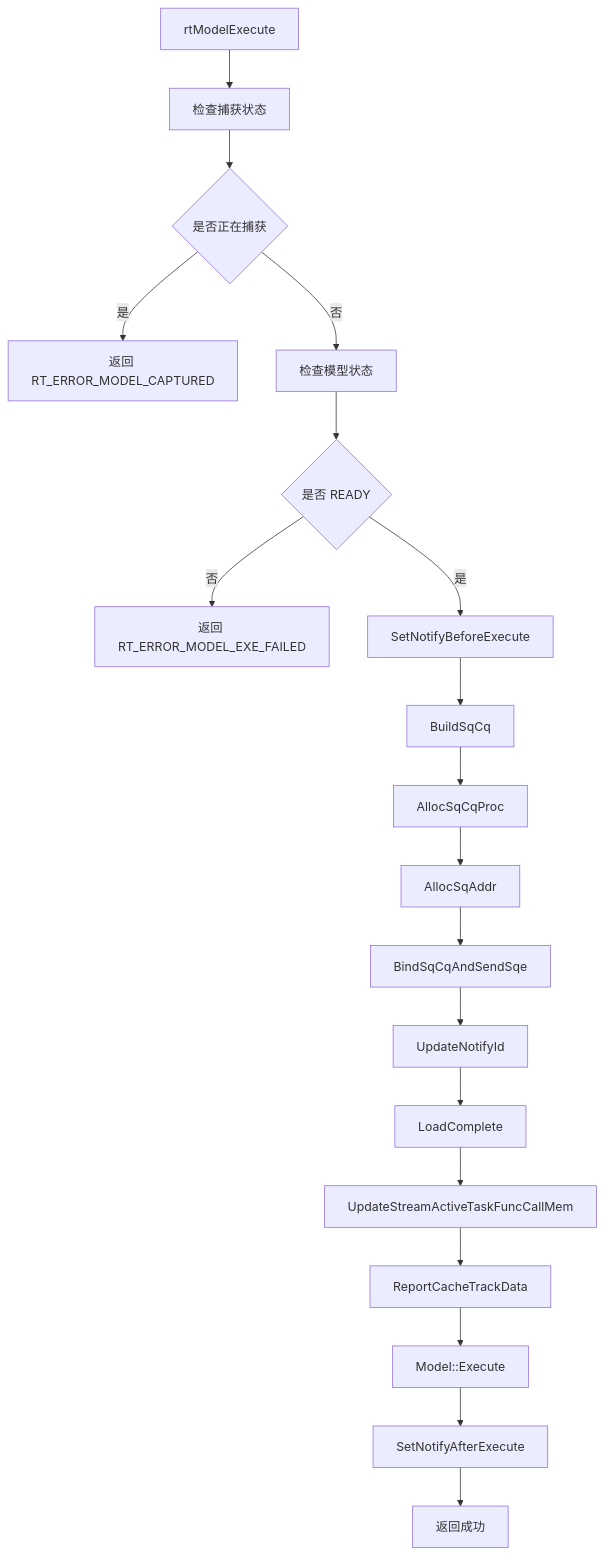
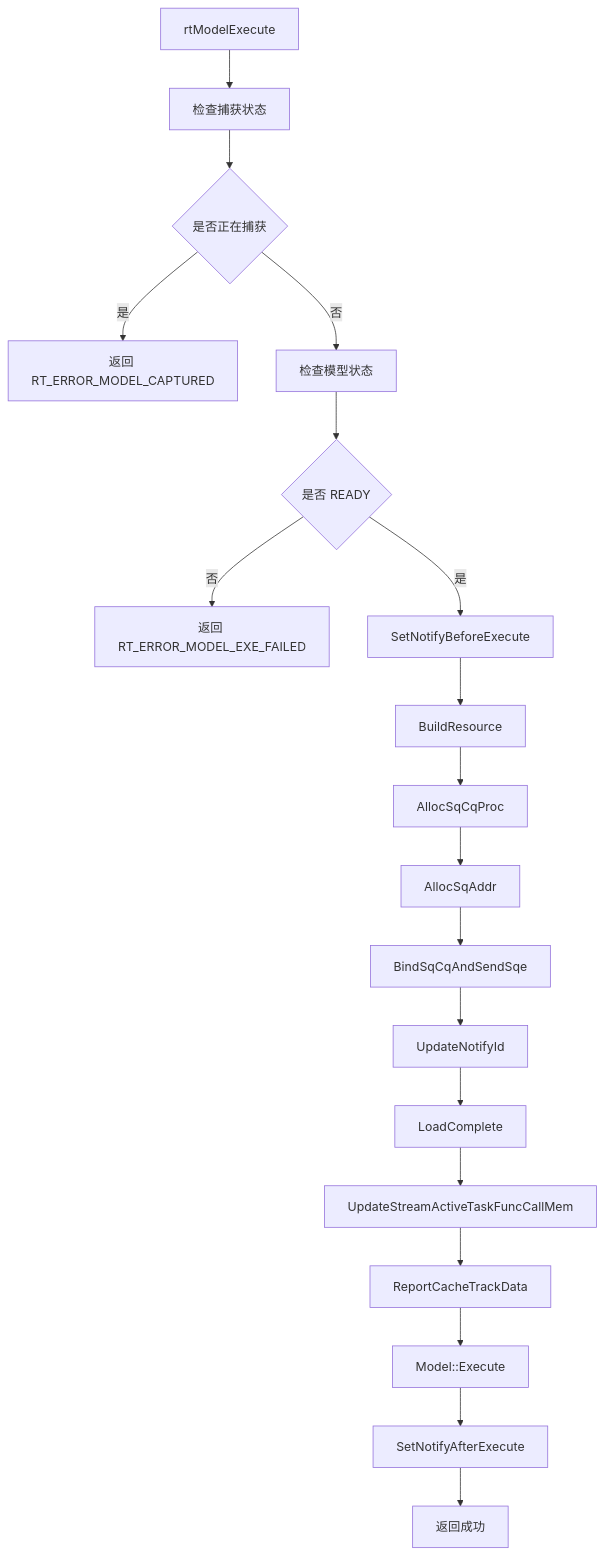
Before and after one commit to 18liumin/runtime: the sixth of 9 diagrams in docs/design/features/aclgraph.md, drawn with Mermaid. The commit also changed other lines of this file and 66 other files, not shown here.

````diff
--- a/docs/design/features/aclgraph.md
+++ b/docs/design/features/aclgraph.md
@@ -437,21 +437,21 @@
 ```mermaid
 flowchart TD
     A[rtModelExecute] --> B[检查捕获状态]
     B --> C{是否正在捕获}
     C -->|是| D[返回 RT_ERROR_MODEL_CAPTURED]
     C -->|否| E[检查模型状态]
     E --> F{是否 READY}
     F -->|否| G[返回 RT_ERROR_MODEL_EXE_FAILED]
     F -->|是| H[SetNotifyBeforeExecute]
-    H --> I[BuildSqCq]
+    H --> I[BuildResource]
     I --> J[AllocSqCqProc]
     J --> K[AllocSqAddr]
     K --> L[BindSqCqAndSendSqe]
     L --> M[UpdateNotifyId]
     M --> N[LoadComplete]
     N --> O[UpdateStreamActiveTaskFuncCallMem]
     O --> P[ReportCacheTrackData]
     P --> Q[Model::Execute]
     Q --> R[SetNotifyAfterExecute]
     R --> S[返回成功]
 ```
````
